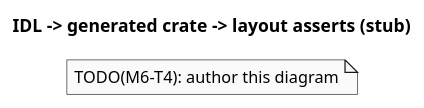
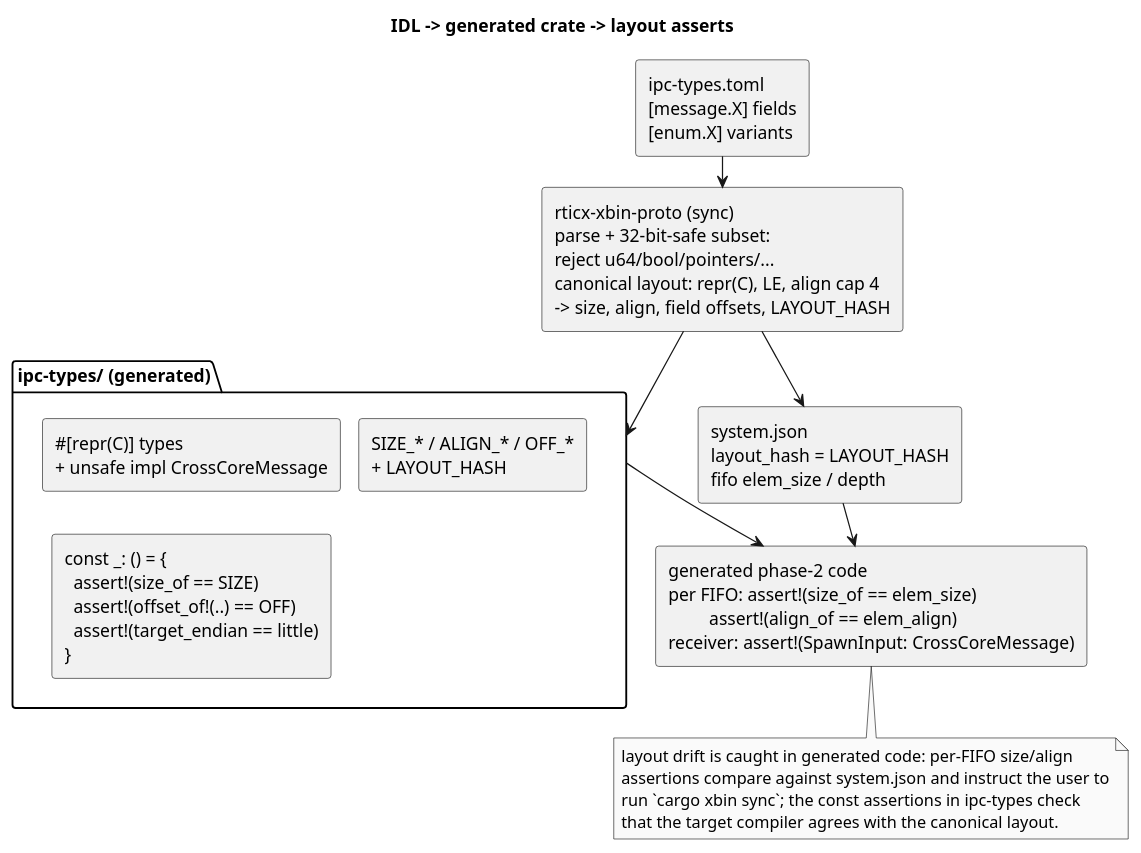
Before and after one commit to rticx-rs/rticx: the diagram in experiments/multibinary/docs/diagrams/05-type-pipeline.puml, drawn with PlantUML. The commit also changed 42 other files, not shown here.

```diff
--- a/experiments/multibinary/docs/diagrams/05-type-pipeline.puml
+++ b/experiments/multibinary/docs/diagrams/05-type-pipeline.puml
@@ -1,14 +1,41 @@
 @startuml 05-type-pipeline
 ' Diagram 5 — Type pipeline: IDL -> generated crate -> layout asserts.
-' Source of truth: docs/user-guide.md §4, plan §6.2–6.3.
-' TODO(M6-T4): author this diagram.
+' Source of truth: docs/user-guide.md §4, docs/architecture.md §6,
+' plan §6.2–§6.3.
 
-title IDL -> generated crate -> layout asserts (stub)
+title IDL -> generated crate -> layout asserts
 
 skinparam shadowing false
 skinparam monochrome true
 skinparam defaultFontName monospace
+skinparam nodesep 15
+skinparam ranksep 25
 
-note "TODO(M6-T4): author this diagram" as todo
+rectangle "ipc-types.toml\n[message.X] fields\n[enum.X] variants" as idl
+
+rectangle "rticx-xbin-proto (sync)\nparse + 32-bit-safe subset:\nreject u64/bool/pointers/...\ncanonical layout: repr(C), LE, align cap 4\n-> size, align, field offsets, LAYOUT_HASH" as proto
+
+package "ipc-types/ (generated)" as crate {
+  rectangle "~#[repr(C)] types\n+ unsafe impl CrossCoreMessage" as types
+  rectangle "SIZE_* / ALIGN_* / OFF_*\n+ LAYOUT_HASH" as consts
+  rectangle "const _: () = {\n  assert!(size_of == SIZE)\n  assert!(offset_of!(..) == OFF)\n  assert!(target_endian == little)\n}" as asserts
+}
+
+rectangle "system.json\nlayout_hash = LAYOUT_HASH\nfifo elem_size / depth" as view
+
+rectangle "generated phase-2 code\nper FIFO: assert!(size_of == elem_size)\n         assert!(align_of == elem_align)\nreceiver: assert!(SpawnInput: CrossCoreMessage)" as codegen
+
+idl --> proto
+proto --> crate
+proto --> view
+crate --> codegen
+view --> codegen
+
+note bottom
+  layout drift is caught in generated code: per-FIFO size/align
+  assertions compare against system.json and instruct the user to
+  run `cargo xbin sync`; the const assertions in ipc-types check
+  that the target compiler agrees with the canonical layout.
+end note
 
 @enduml
```
